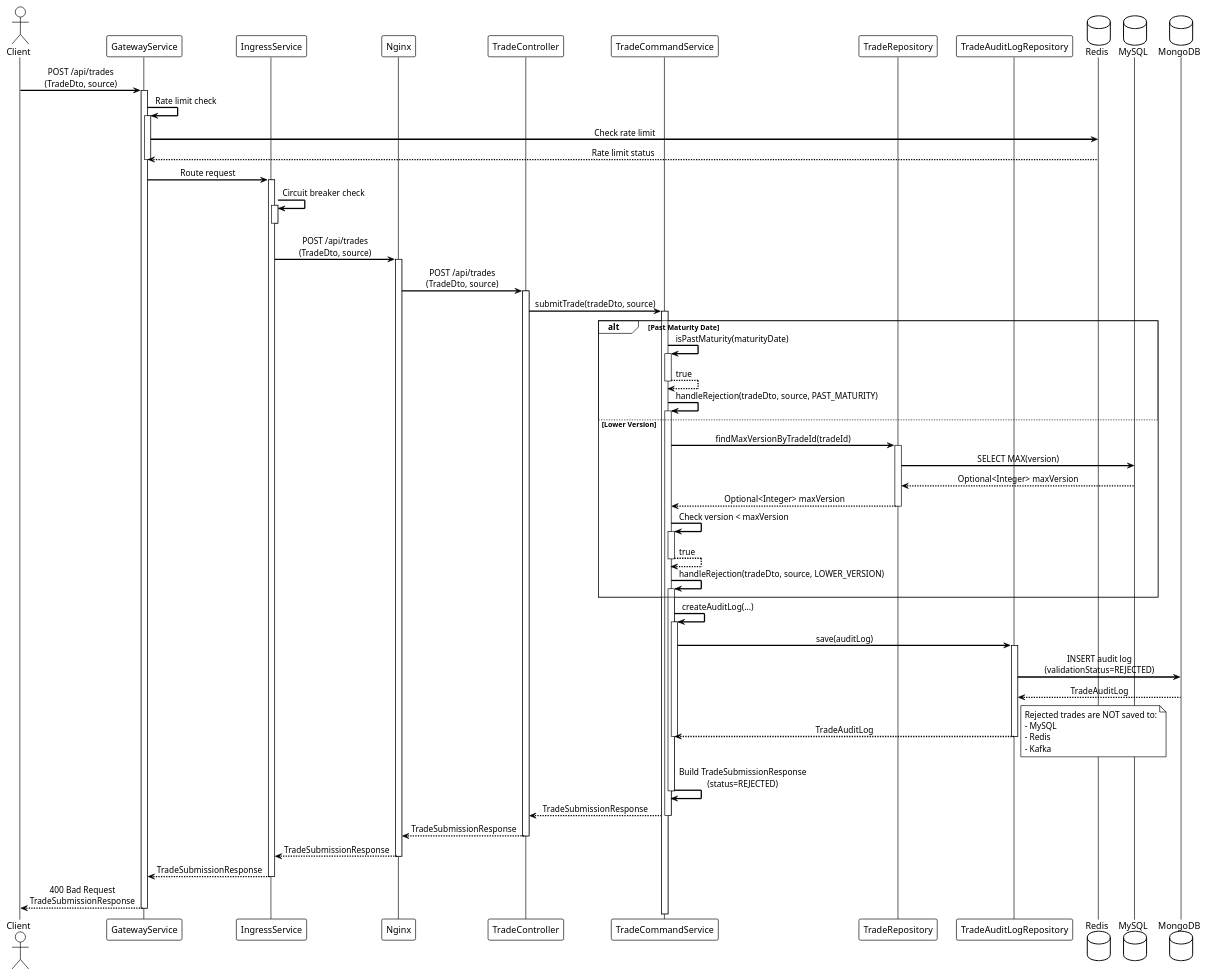
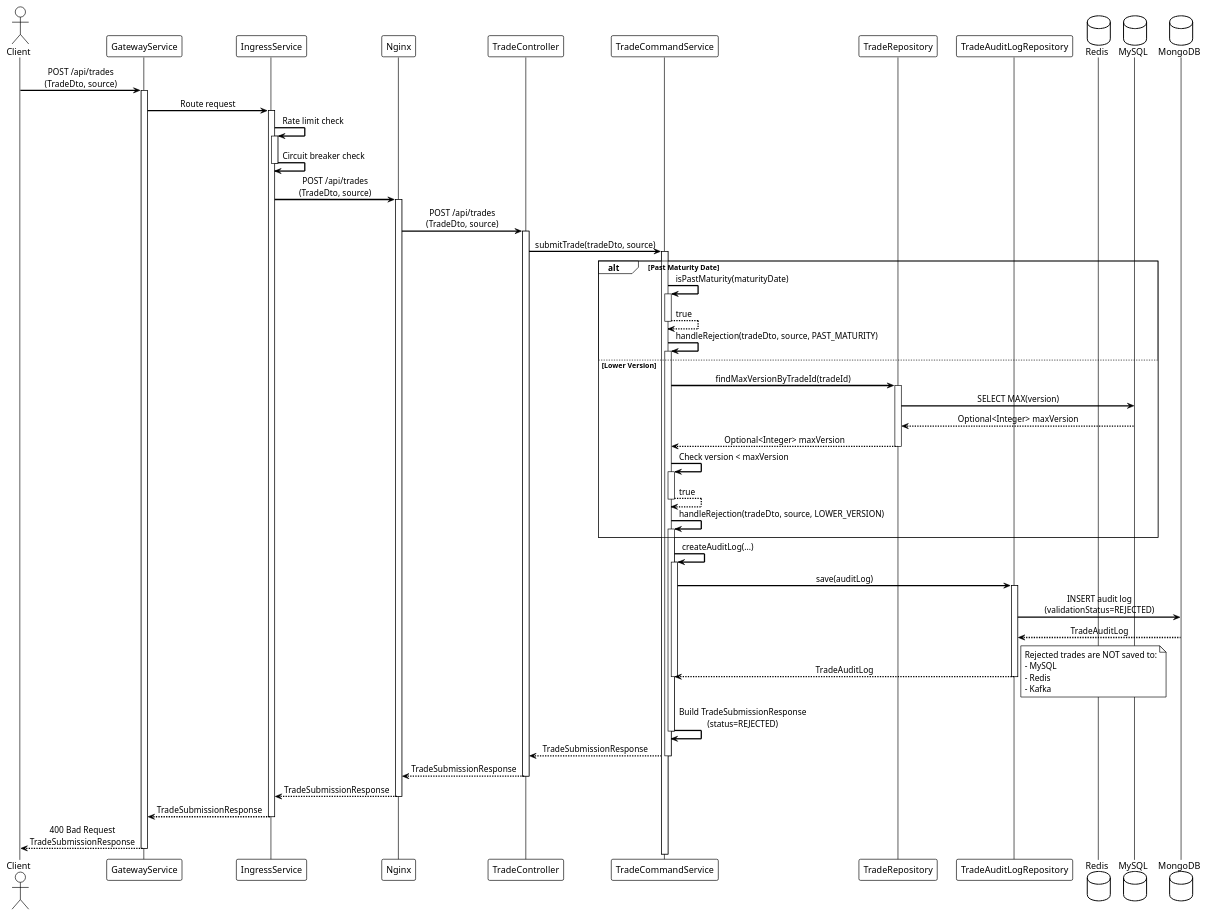
One commit to mukizonese/trade-platform changed the diagram in backend/diagrams/sequence-trade-submission-rejected.puml. Above: the diagram before and after it, drawn with PlantUML. The commit also changed 28 other files, not shown here.

Commit message:
PlantUML updated for AI. CircuitBreaker Live Test added.

```diff
--- a/backend/diagrams/sequence-trade-submission-rejected.puml
+++ b/backend/diagrams/sequence-trade-submission-rejected.puml
@@ -1,101 +1,96 @@
 @startuml Trade Submission - Rejected
 
 !theme plain
 skinparam backgroundColor #FFFFFF
 skinparam sequenceMessageAlign center
 skinparam sequenceArrowThickness 2
 
 actor Client
 participant GatewayService
 participant IngressService
 participant Nginx
 participant TradeController
 participant TradeCommandService
 participant TradeRepository
 participant TradeAuditLogRepository
 database Redis
 database MySQL
 database MongoDB
 
 Client -> GatewayService: POST /api/trades\n(TradeDto, source)
 activate GatewayService
 
-GatewayService -> GatewayService: Rate limit check
-activate GatewayService
-GatewayService -> Redis: Check rate limit
-Redis --> GatewayService: Rate limit status
-deactivate GatewayService
-
 GatewayService -> IngressService: Route request
 activate IngressService
 
+IngressService -> IngressService: Rate limit check
+activate IngressService
 IngressService -> IngressService: Circuit breaker check
-activate IngressService
 deactivate IngressService
 
 IngressService -> Nginx: POST /api/trades\n(TradeDto, source)
 activate Nginx
 
 Nginx -> TradeController: POST /api/trades\n(TradeDto, source)
 activate TradeController
 
 TradeController -> TradeCommandService: submitTrade(tradeDto, source)
 activate TradeCommandService
 
 alt Past Maturity Date
     TradeCommandService -> TradeCommandService: isPastMaturity(maturityDate)
     activate TradeCommandService
     TradeCommandService --> TradeCommandService: true
     deactivate TradeCommandService
     
     TradeCommandService -> TradeCommandService: handleRejection(tradeDto, source, PAST_MATURITY)
     activate TradeCommandService
     
 else Lower Version
     TradeCommandService -> TradeRepository: findMaxVersionByTradeId(tradeId)
     activate TradeRepository
     TradeRepository -> MySQL: SELECT MAX(version)
     MySQL --> TradeRepository: Optional<Integer> maxVersion
     TradeRepository --> TradeCommandService: Optional<Integer> maxVersion
     deactivate TradeRepository
     
     TradeCommandService -> TradeCommandService: Check version < maxVersion
     activate TradeCommandService
     TradeCommandService --> TradeCommandService: true
     deactivate TradeCommandService
     
     TradeCommandService -> TradeCommandService: handleRejection(tradeDto, source, LOWER_VERSION)
     activate TradeCommandService
 end
 
 TradeCommandService -> TradeCommandService: createAuditLog(...)
 activate TradeCommandService
 TradeCommandService -> TradeAuditLogRepository: save(auditLog)
 activate TradeAuditLogRepository
 TradeAuditLogRepository -> MongoDB: INSERT audit log\n(validationStatus=REJECTED)
 MongoDB --> TradeAuditLogRepository: TradeAuditLog
 TradeAuditLogRepository --> TradeCommandService: TradeAuditLog
 deactivate TradeAuditLogRepository
 deactivate TradeCommandService
 
 note right: Rejected trades are NOT saved to:\n- MySQL\n- Redis\n- Kafka
 
 TradeCommandService -> TradeCommandService: Build TradeSubmissionResponse\n(status=REJECTED)
 deactivate TradeCommandService
 
 TradeCommandService --> TradeController: TradeSubmissionResponse
 deactivate TradeCommandService
 
 TradeController --> Nginx: TradeSubmissionResponse
 deactivate TradeController
 
 Nginx --> IngressService: TradeSubmissionResponse
 deactivate Nginx
 
 IngressService --> GatewayService: TradeSubmissionResponse
 deactivate IngressService
 
 GatewayService --> Client: 400 Bad Request\nTradeSubmissionResponse
 deactivate GatewayService
 
 @enduml
```
